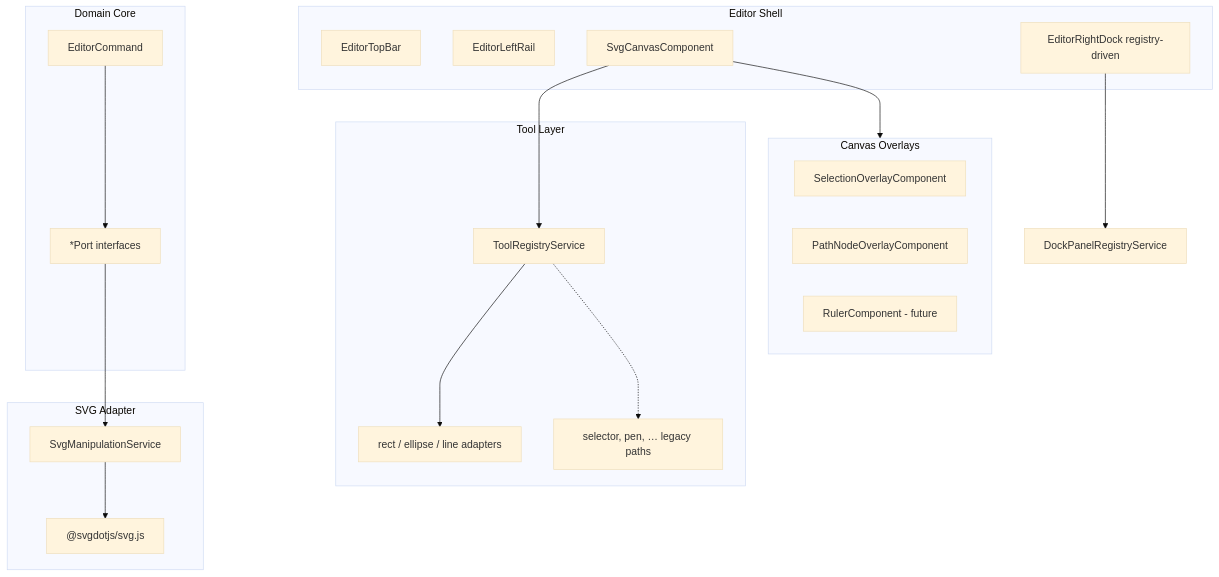
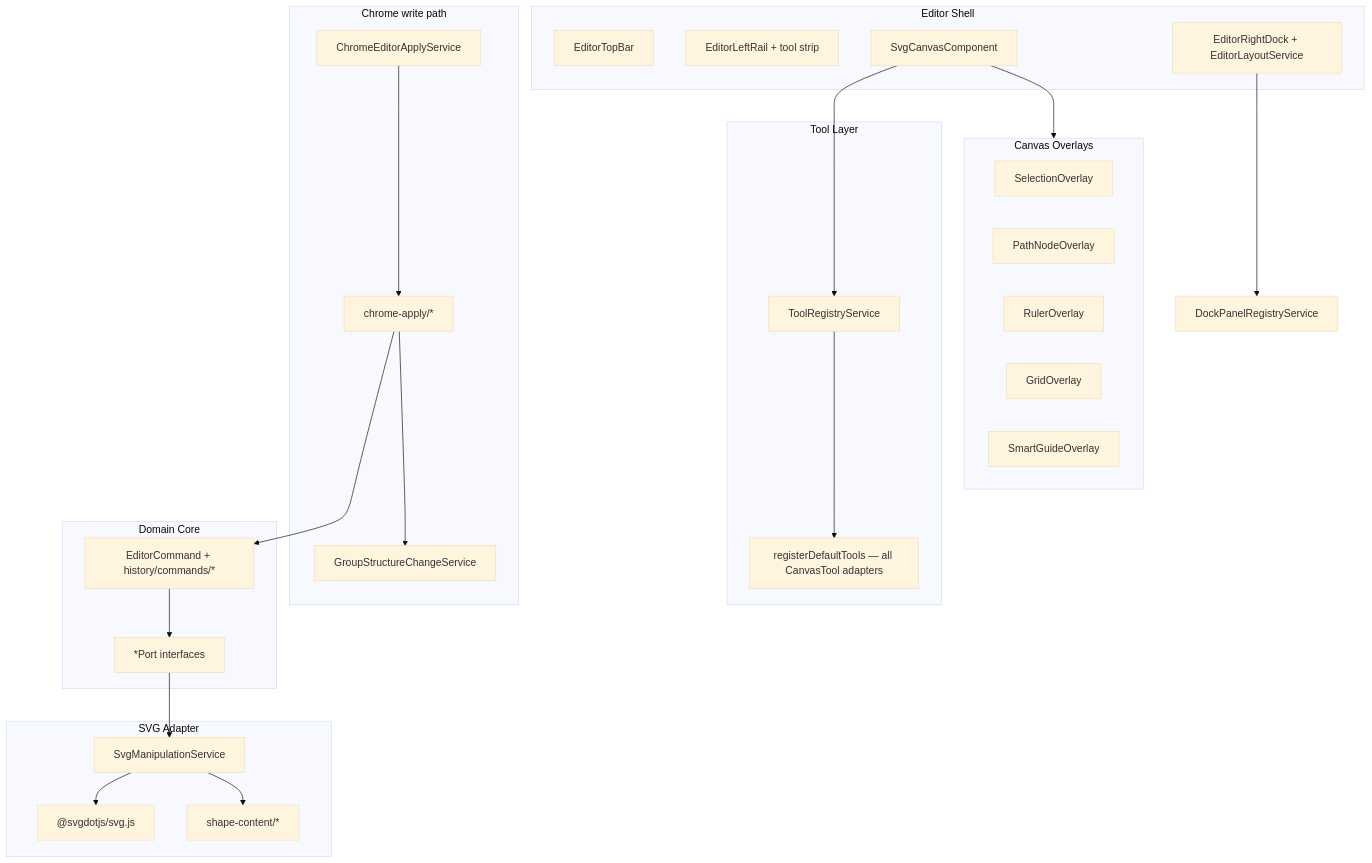
Before and after one commit to nbeckindy/svg-editor: the diagram in plans/epics/hexagonal-architecture-extensibility.md, drawn with Mermaid (base theme). The commit also changed other lines of this file and 2 other files, not shown here.

First line of the commit message:
Document architecture phase 2 seams and status (hnv.18).

````diff
--- a/plans/epics/hexagonal-architecture-extensibility.md
+++ b/plans/epics/hexagonal-architecture-extensibility.md
@@ -88,38 +133,48 @@
 ```mermaid
 flowchart TB
   subgraph Shell["Editor Shell"]
     TopBar[EditorTopBar]
-    LeftRail[EditorLeftRail]
+    LeftRail[EditorLeftRail + tool strip]
     Canvas[SvgCanvasComponent]
-    RightDock["EditorRightDock registry-driven"]
+    RightDock["EditorRightDock + EditorLayoutService"]
   end
 
   subgraph Overlays["Canvas Overlays"]
-    SelOverlay[SelectionOverlayComponent]
-    NodeOverlay[PathNodeOverlayComponent]
-    Rulers[RulerComponent - future]
+    SelOverlay[SelectionOverlay]
+    NodeOverlay[PathNodeOverlay]
+    Rulers[RulerOverlay]
+    Grid[GridOverlay]
+    Guides[SmartGuideOverlay]
   end
 
   subgraph ToolLayer["Tool Layer"]
     Registry[ToolRegistryService]
-    CreationTools[rect / ellipse / line adapters]
-    LegacyTools["selector, pen, … legacy paths"]
+    DefaultTools["registerDefaultTools — all CanvasTool adapters"]
+  end
+
+  subgraph ChromeApply["Chrome write path"]
+    ApplyFacade[ChromeEditorApplyService]
+    ApplySlices["chrome-apply/*"]
+    GroupChange[GroupStructureChangeService]
   end
 
   subgraph Domain["Domain Core"]
-    Commands[EditorCommand]
+    Commands["EditorCommand + history/commands/*"]
     Ports["*Port interfaces"]
   end
 
   subgraph SVG["SVG Adapter"]
     Manip[SvgManipulationService]
+    ShapeContent["shape-content/*"]
     SvgJs["@svgdotjs/svg.js"]
   end
 
   Canvas --> Registry
-  Registry --> CreationTools
-  Registry -.-> LegacyTools
+  Registry --> DefaultTools
   Canvas --> Overlays
   RightDock --> DockRegistry[DockPanelRegistryService]
+  ApplyFacade --> ApplySlices --> Commands
+  ApplySlices --> GroupChange
   Commands --> Ports --> Manip --> SvgJs
+  Manip --> ShapeContent
 ```
````
